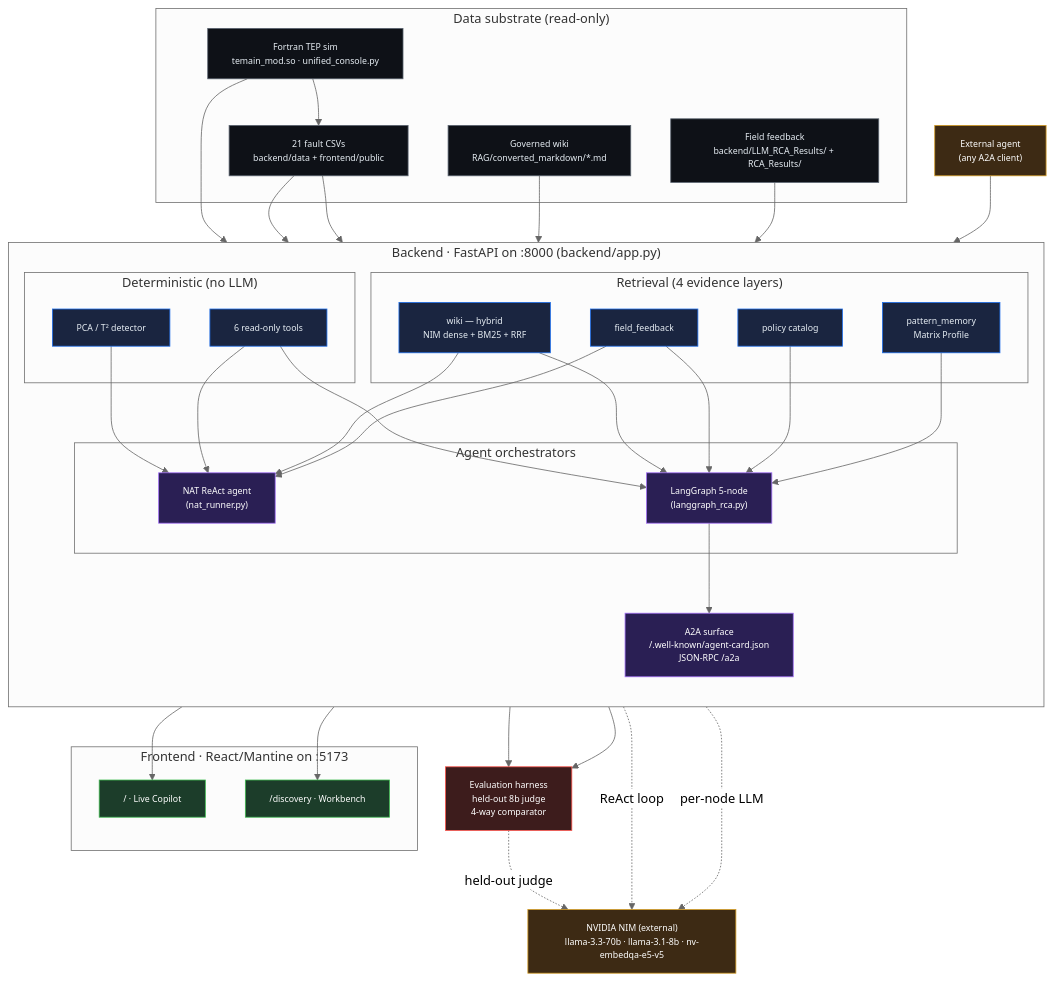
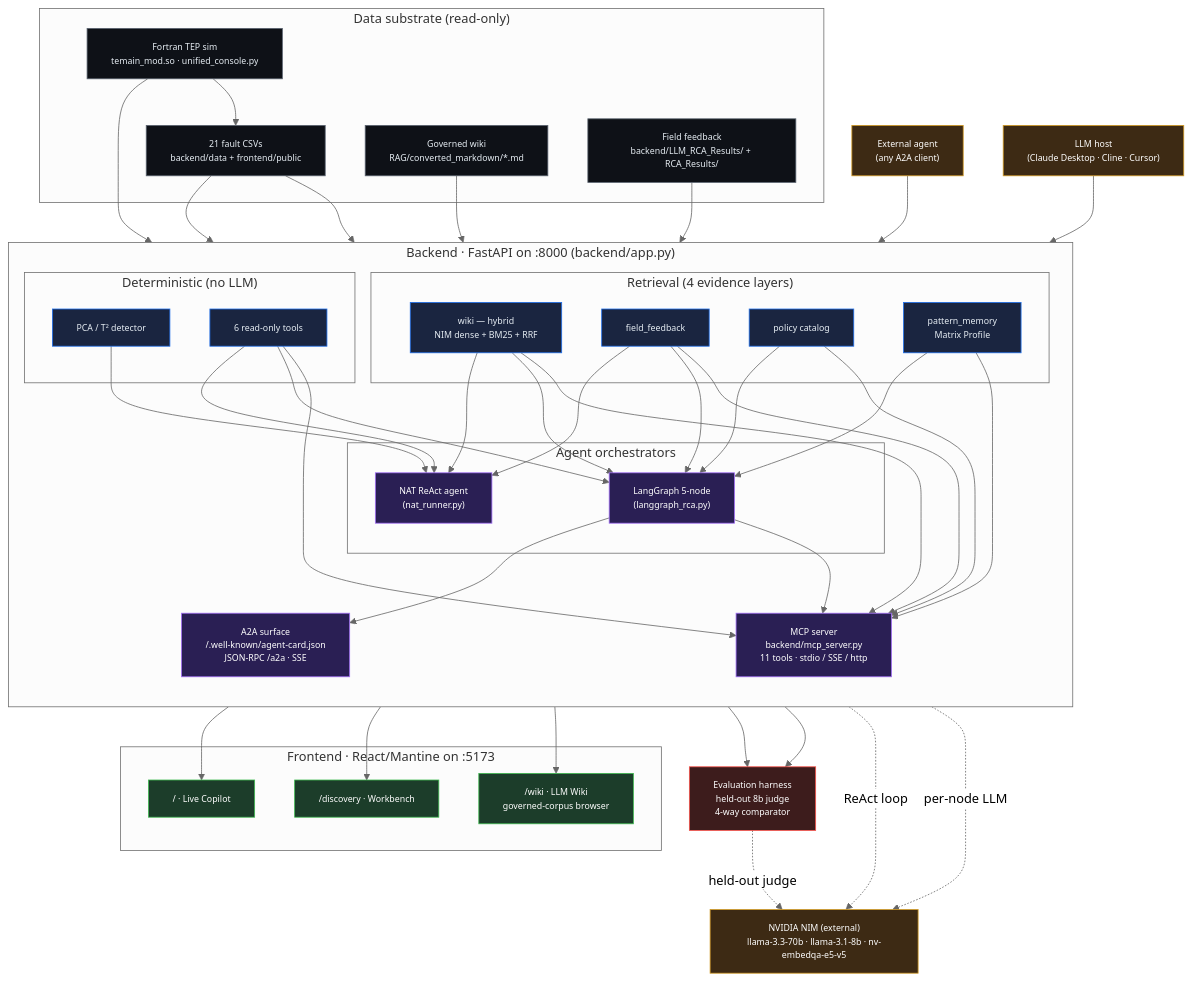
Before and after one commit to chennanli/Agent_Orchestration_RootCauseAnalysis: the diagram in README.md, drawn with Mermaid (neutral theme). The commit also changed other lines of this file, not shown here.

```diff
--- a/README.md
+++ b/README.md
@@ -118,17 +118,20 @@
             NAT["NAT ReAct agent<br/>(nat_runner.py)"]:::agent
             LG["LangGraph 5-node<br/>(langgraph_rca.py)"]:::agent
         end
-        A2A["A2A surface<br/>/.well-known/agent-card.json<br/>JSON-RPC /a2a"]:::agent
+        A2A["A2A surface<br/>/.well-known/agent-card.json<br/>JSON-RPC /a2a · SSE"]:::agent
+        MCP["MCP server<br/>backend/mcp_server.py<br/>11 tools · stdio / SSE / http"]:::agent
     end
 
     subgraph FRONTEND["Frontend · React/Mantine on :5173"]
         LC["/  ·  Live Copilot"]:::ui
         DISC["/discovery  ·  Workbench"]:::ui
+        WIKI_UI["/wiki  ·  LLM Wiki<br/>governed-corpus browser"]:::ui
     end
 
     EVAL["Evaluation harness<br/>held-out 8b judge<br/>4-way comparator"]:::eval
     NIM["NVIDIA NIM (external)<br/>llama-3.3-70b · llama-3.1-8b · nv-embedqa-e5-v5"]:::ext
     EXTAGENT["External agent<br/>(any A2A client)"]:::ext
+    MCPHOST["LLM host<br/>(Claude Desktop · Cline · Cursor)"]:::ext
 
     SIM --> PCA
     SIM --> FAULTS
@@ -154,8 +157,19 @@
 
     NAT --> LC
     LG --> DISC
+    WIKI_R --> WIKI_UI
     LG --> A2A
     EXTAGENT --> A2A
+
+    %% Same Python tool functions back both inter-agent surfaces — MCP
+    %% adds a transport, not new capability.
+    TOOLS6 --> MCP
+    WIKI_R --> MCP
+    FIELD_R --> MCP
+    POL_R  --> MCP
+    MP_R   --> MCP
+    LG     --> MCP
+    MCPHOST --> MCP
 
     NAT --> EVAL
     LG  --> EVAL
```
